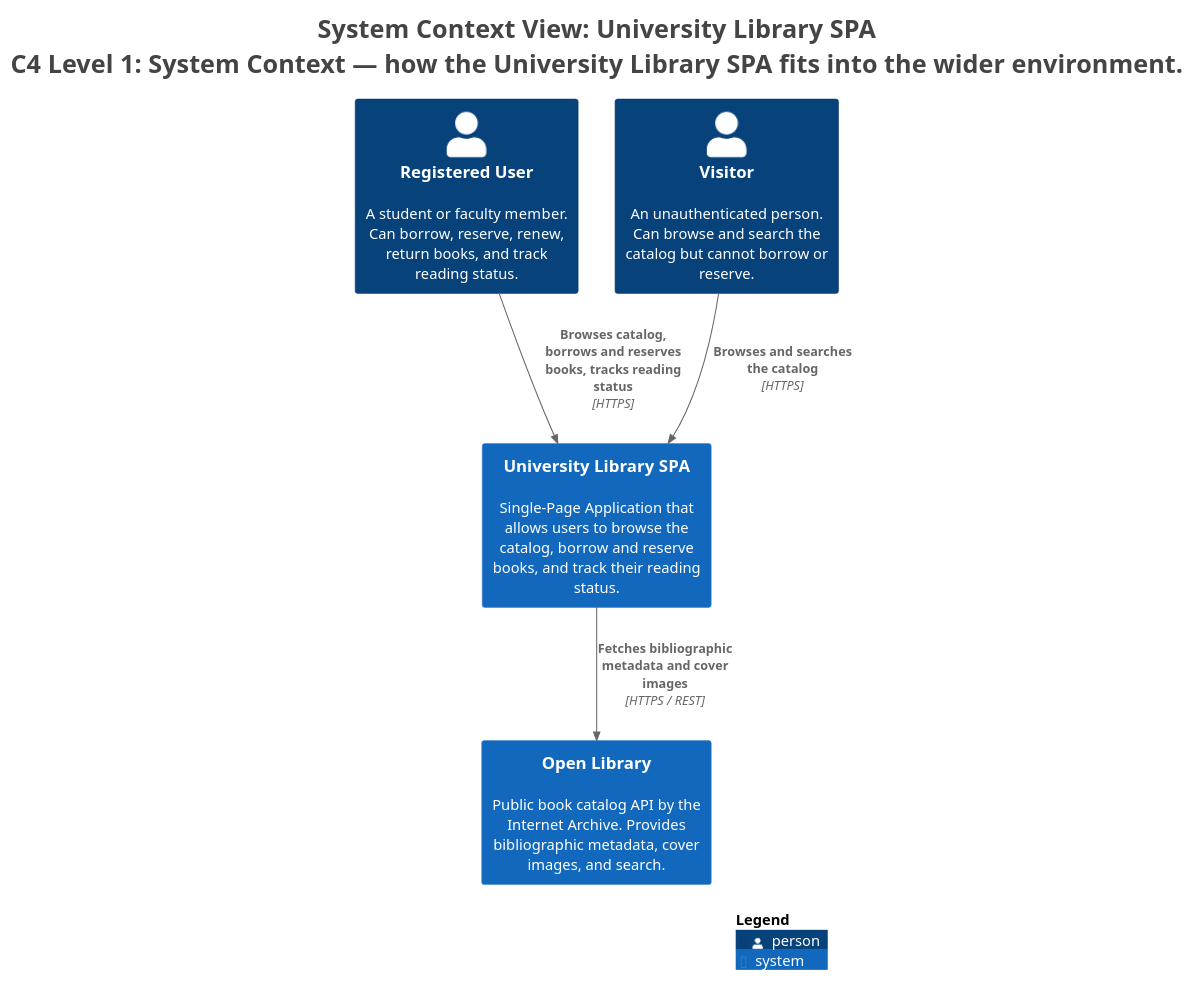
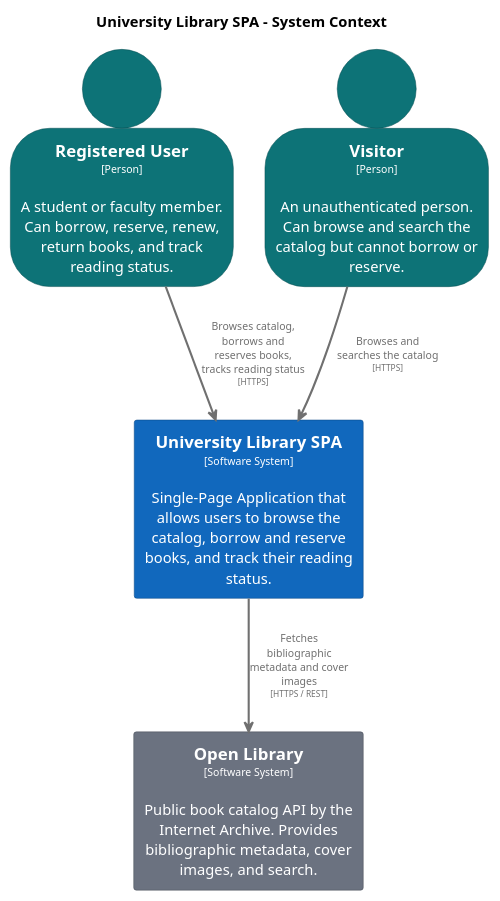
The diagram in docs/architecture/diagrams/structurizr-SystemContext.puml (Catriel42/university-library), drawn with PlantUML before and after one commit. The commit also changed 14 other files, not shown here.

Commit message:
docs(architecture): add C4 Level 3 SPA component model and diagrams to workspace.dsl

```diff
--- a/docs/architecture/diagrams/structurizr-SystemContext.puml
+++ b/docs/architecture/diagrams/structurizr-SystemContext.puml
@@ -1,28 +1,51 @@
 @startuml
-title <size:24>System Context View: University Library SPA</size>\n<size:24>C4 Level 1: System Context — how the University Library SPA fits into the wider environment.</size>
+set separator none
+title University Library SPA - System Context
 
-set separator none
 top to bottom direction
+skinparam ranksep 60
+skinparam nodesep 30
 
-<style>
-  root {
-    BackgroundColor: #ffffff
-    FontColor: #444444
-  }
-</style>
+skinparam {
+  arrowFontSize 10
+  defaultTextAlignment center
+  wrapWidth 200
+  maxMessageSize 100
+}
 
-!include <C4/C4>
-!include <C4/C4_Context>
+hide stereotype
 
-Person(RegisteredUser, "Registered User", $descr="A student or faculty member. Can borrow, reserve, renew, return books, and track reading status.", $tags="", $link="")
-Person(Visitor, "Visitor", $descr="An unauthenticated person. Can browse and search the catalog but cannot borrow or reserve.", $tags="", $link="")
-System(OpenLibrary, "Open Library", $descr="Public book catalog API by the Internet Archive. Provides bibliographic metadata, cover images, and search.", $tags="", $link="")
-System(UniversityLibrarySPA, "University Library SPA", $descr="Single-Page Application that allows users to browse the catalog, borrow and reserve books, and track their reading status.", $tags="", $link="")
+skinparam rectangle<<OpenLibrary>> {
+  BackgroundColor #6b7280
+  FontColor #ffffff
+  BorderColor #4a4f59
+  shadowing false
+}
+skinparam person<<RegisteredUser>> {
+  BackgroundColor #0d7377
+  FontColor #ffffff
+  BorderColor #095053
+  shadowing false
+}
+skinparam rectangle<<UniversityLibrarySPA>> {
+  BackgroundColor #1168bd
+  FontColor #ffffff
+  BorderColor #0b4884
+  shadowing false
+}
+skinparam person<<Visitor>> {
+  BackgroundColor #0d7377
+  FontColor #ffffff
+  BorderColor #095053
+  shadowing false
+}
 
-Rel(RegisteredUser, UniversityLibrarySPA, "Browses catalog, borrows and reserves books, tracks reading status", $techn="HTTPS", $tags="", $link="")
-Rel(Visitor, UniversityLibrarySPA, "Browses and searches the catalog", $techn="HTTPS", $tags="", $link="")
-Rel(UniversityLibrarySPA, OpenLibrary, "Fetches bibliographic metadata and cover images", $techn="HTTPS / REST", $tags="", $link="")
+person "==Registered User\n<size:10>[Person]</size>\n\nA student or faculty member. Can borrow, reserve, renew, return books, and track reading status." <<RegisteredUser>> as RegisteredUser
+person "==Visitor\n<size:10>[Person]</size>\n\nAn unauthenticated person. Can browse and search the catalog but cannot borrow or reserve." <<Visitor>> as Visitor
+rectangle "==Open Library\n<size:10>[Software System]</size>\n\nPublic book catalog API by the Internet Archive. Provides bibliographic metadata, cover images, and search." <<OpenLibrary>> as OpenLibrary
+rectangle "==University Library SPA\n<size:10>[Software System]</size>\n\nSingle-Page Application that allows users to browse the catalog, borrow and reserve books, and track their reading status." <<UniversityLibrarySPA>> as UniversityLibrarySPA
 
-SHOW_LEGEND(true)
-hide stereotypes
+RegisteredUser -[#707070,thickness=2]-> UniversityLibrarySPA : "<color:#707070>Browses catalog, borrows and reserves books, tracks reading status\n<color:#707070><size:8>[HTTPS]</size>"
+Visitor -[#707070,thickness=2]-> UniversityLibrarySPA : "<color:#707070>Browses and searches the catalog\n<color:#707070><size:8>[HTTPS]</size>"
+UniversityLibrarySPA -[#707070,thickness=2]-> OpenLibrary : "<color:#707070>Fetches bibliographic metadata and cover images\n<color:#707070><size:8>[HTTPS / REST]</size>"
 @enduml
```
